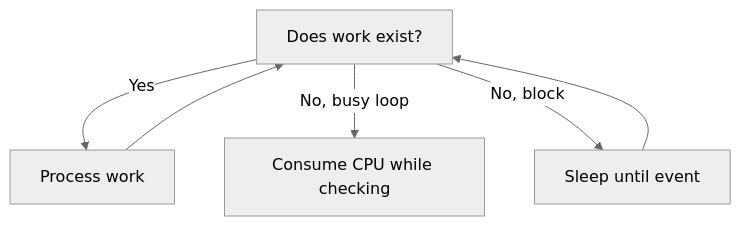
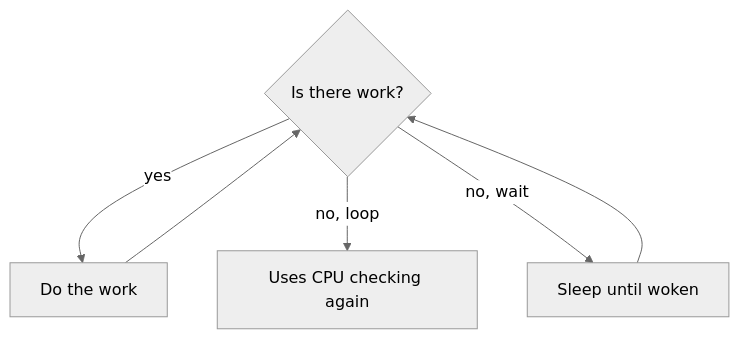
The fifth of 5 diagrams in _posts/2026-08-23-cpu-scheduling-and-context-switching.md (amrrdev/amrrdev.github.io), drawn with Mermaid (neutral theme) before and after one commit. The commit also changed other lines of this file and 15 other files, not shown here.

````diff
--- a/_posts/2026-08-23-cpu-scheduling-and-context-switching.md
+++ b/_posts/2026-08-23-cpu-scheduling-and-context-switching.md
@@ -270,9 +180,9 @@
 ```mermaid
 flowchart TD
-    Check[Does work exist?]
-    Check -->|Yes| Process[Process work]
-    Check -->|No, busy loop| Consume[Consume CPU while checking]
-    Check -->|No, block| Sleep[Sleep until event]
+    Check{Is there work?}
+    Check -->|yes| Do[Do the work]
+    Check -->|no, loop| Waste[Uses CPU checking again]
+    Check -->|no, wait| Sleep[Sleep until woken]
     Sleep --> Check
-    Process --> Check
+    Do --> Check
 ```
````
